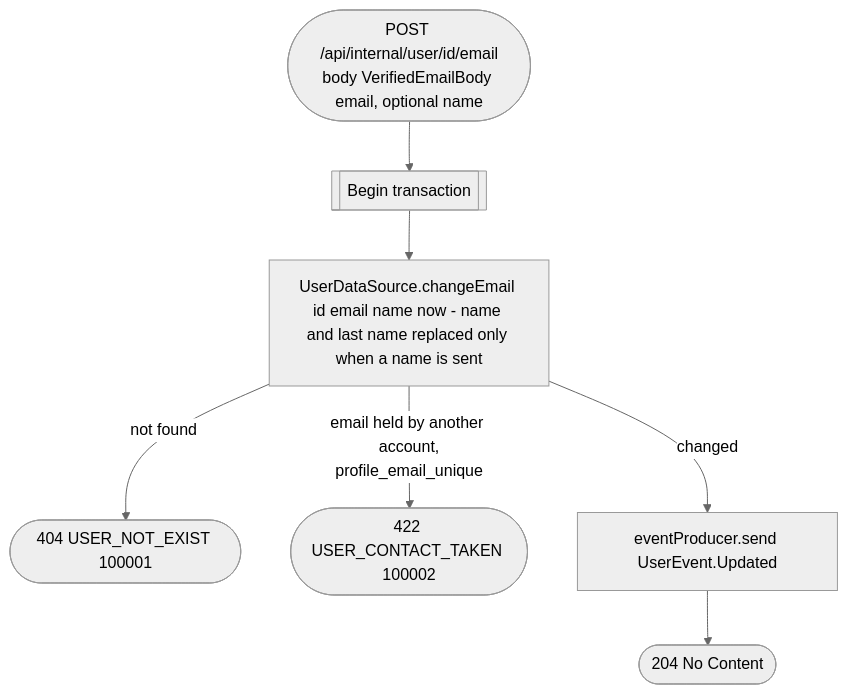
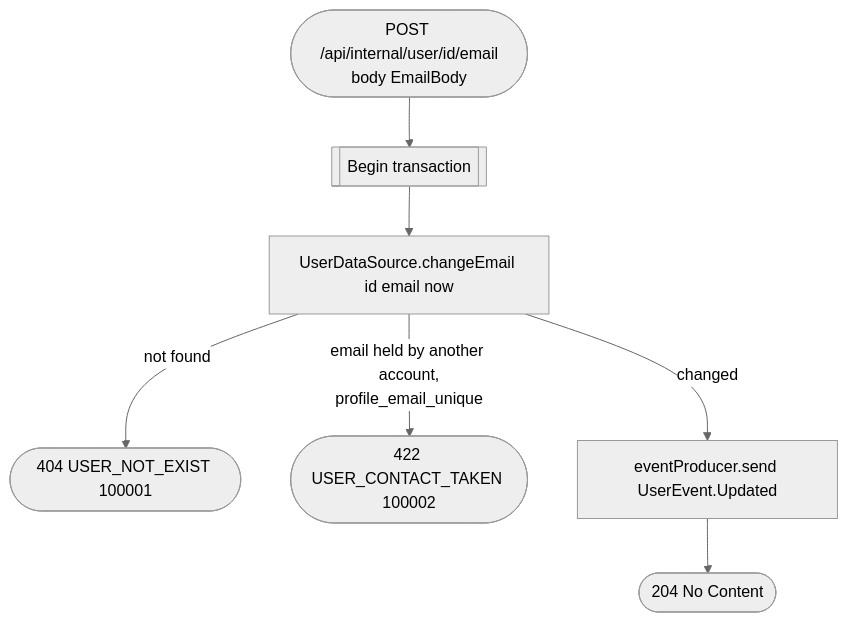
Before and after one commit to nocturneproperties/bookkme: the diagram in docs/operations/user/change-user-email-internal.md, drawn with Mermaid (neutral theme). The commit also changed other lines of this file and 35 other files, not shown here.

````diff
--- a/docs/operations/user/change-user-email-internal.md
+++ b/docs/operations/user/change-user-email-internal.md
@@ -16,9 +15,9 @@
 ```mermaid
 flowchart TD
-    Start([POST /api/internal/user/id/email<br/>body VerifiedEmailBody email, optional name]) --> Tx[[Begin transaction]]
-    Tx --> Change[UserDataSource.changeEmail id email name now - name and last name replaced only when a name is sent]
+    Start([POST /api/internal/user/id/email<br/>body EmailBody]) --> Tx[[Begin transaction]]
+    Tx --> Change[UserDataSource.changeEmail id email now]
     Change -- not found --> R404([404 USER_NOT_EXIST 100001])
     Change -- email held by another account,<br/>profile_email_unique --> R422([422 USER_CONTACT_TAKEN 100002])
     Change -- changed --> Event[eventProducer.send UserEvent.Updated]
     Event --> R204([204 No Content])
 ```
````
